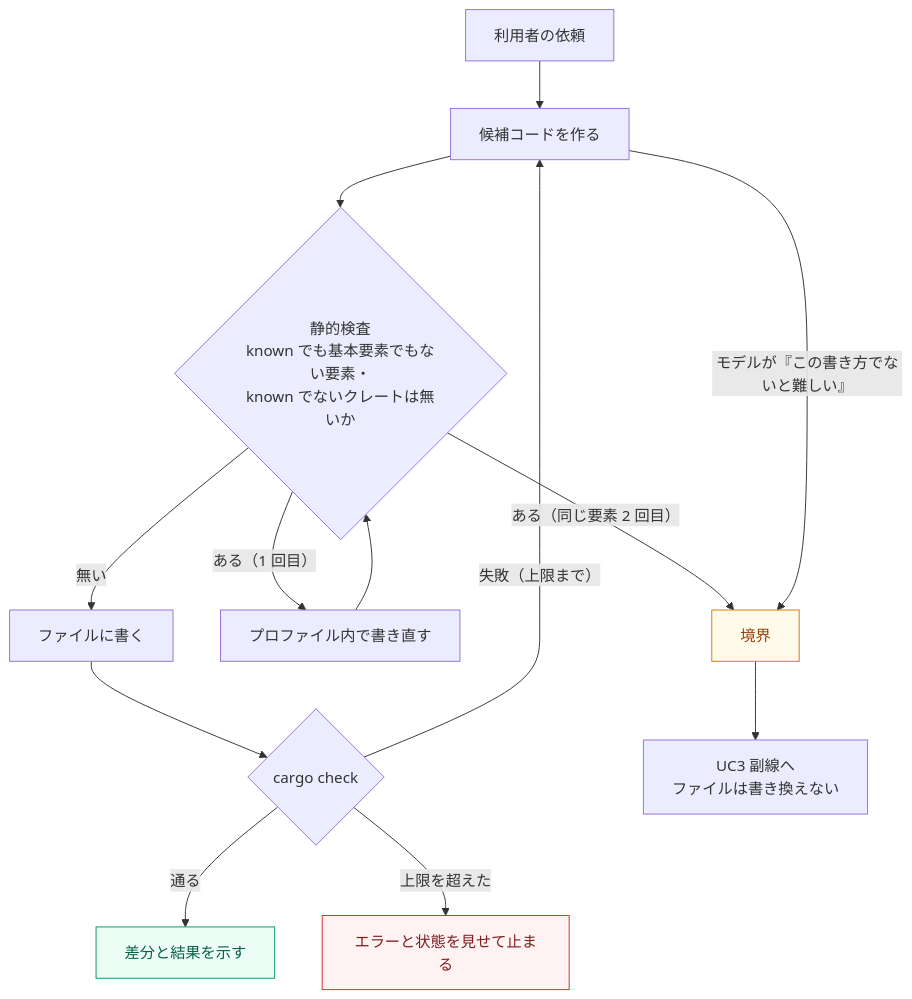
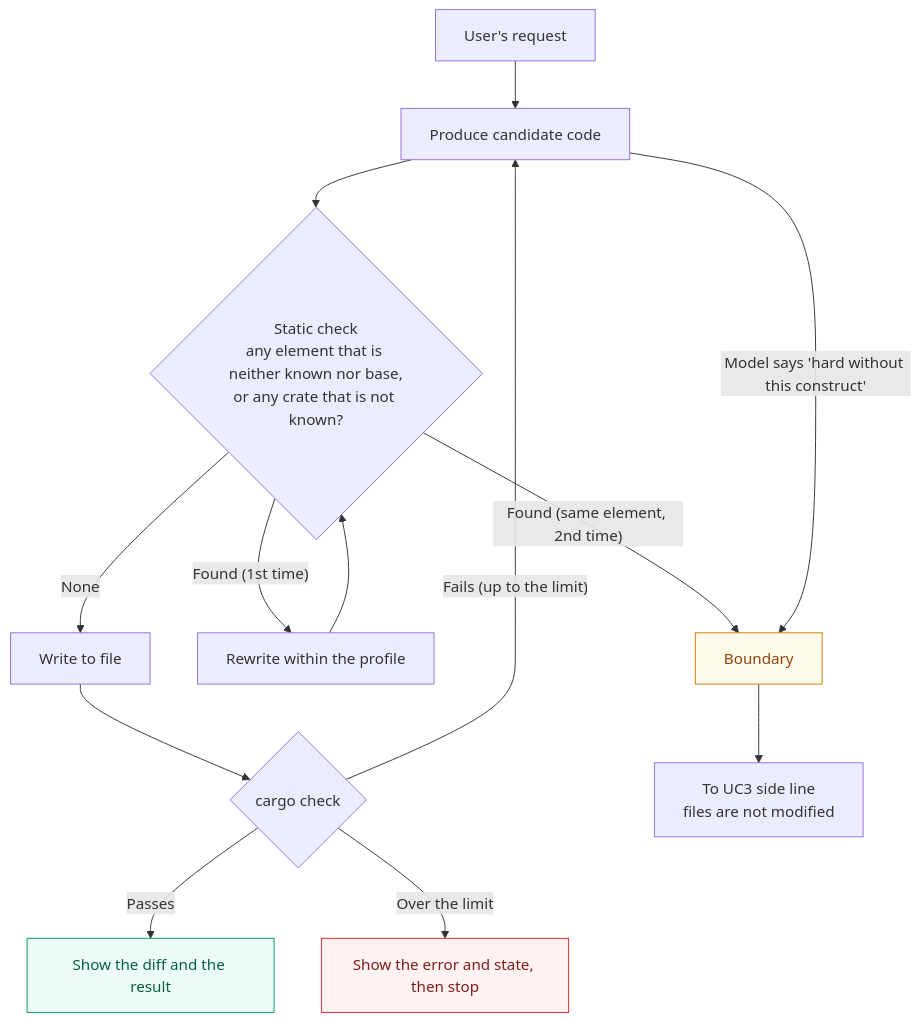
One commit to sumiredc/molt changed the fourth of 9 diagrams in PRD.md. Above: the diagram before and after it, drawn with Mermaid. The commit also changed other lines of this file and 1 other file, not shown here.

````diff
--- a/PRD.md
+++ b/PRD.md
@@ -159,16 +161,16 @@
 ```mermaid
 flowchart TB
-  U["利用者の依頼"] --> G["候補コードを作る"]
-  G --> C{"静的検査<br/>known でも基本要素でもない要素・<br/>known でないクレートは無いか"}
-  C -- "無い" --> W["ファイルに書く"] --> CK{"cargo check"}
-  CK -- "通る" --> SH["差分と結果を示す"]:::ok
-  CK -- "失敗（上限まで）" --> G
-  CK -- "上限を超えた" --> ST["エラーと状態を見せて止まる"]:::bad
-  C -- "ある（1 回目）" --> RW["プロファイル内で書き直す"] --> C
-  C -- "ある（同じ要素 2 回目）" --> B["境界"]:::warn
-  G -- "モデルが『この書き方でないと難しい』" --> B
-  B --> UC3["UC3 副線へ<br/>ファイルは書き換えない"]
+  U["User's request"] --> G["Produce candidate code"]
+  G --> C{"Static check<br/>any element that is neither known nor base,<br/>or any crate that is not known?"}
+  C -- "None" --> W["Write to file"] --> CK{"cargo check"}
+  CK -- "Passes" --> SH["Show the diff and the result"]:::ok
+  CK -- "Fails (up to the limit)" --> G
+  CK -- "Over the limit" --> ST["Show the error and state, then stop"]:::bad
+  C -- "Found (1st time)" --> RW["Rewrite within the profile"] --> C
+  C -- "Found (same element, 2nd time)" --> B["Boundary"]:::warn
+  G -- "Model says 'hard without this construct'" --> B
+  B --> UC3["To UC3 side line<br/>files are not modified"]
   classDef ok   fill:#ecfdf5,stroke:#059669,color:#065f46
   classDef warn fill:#fffbeb,stroke:#d97706,color:#92400e
   classDef bad  fill:#fef2f2,stroke:#dc2626,color:#7f1d1d
 ```
````
